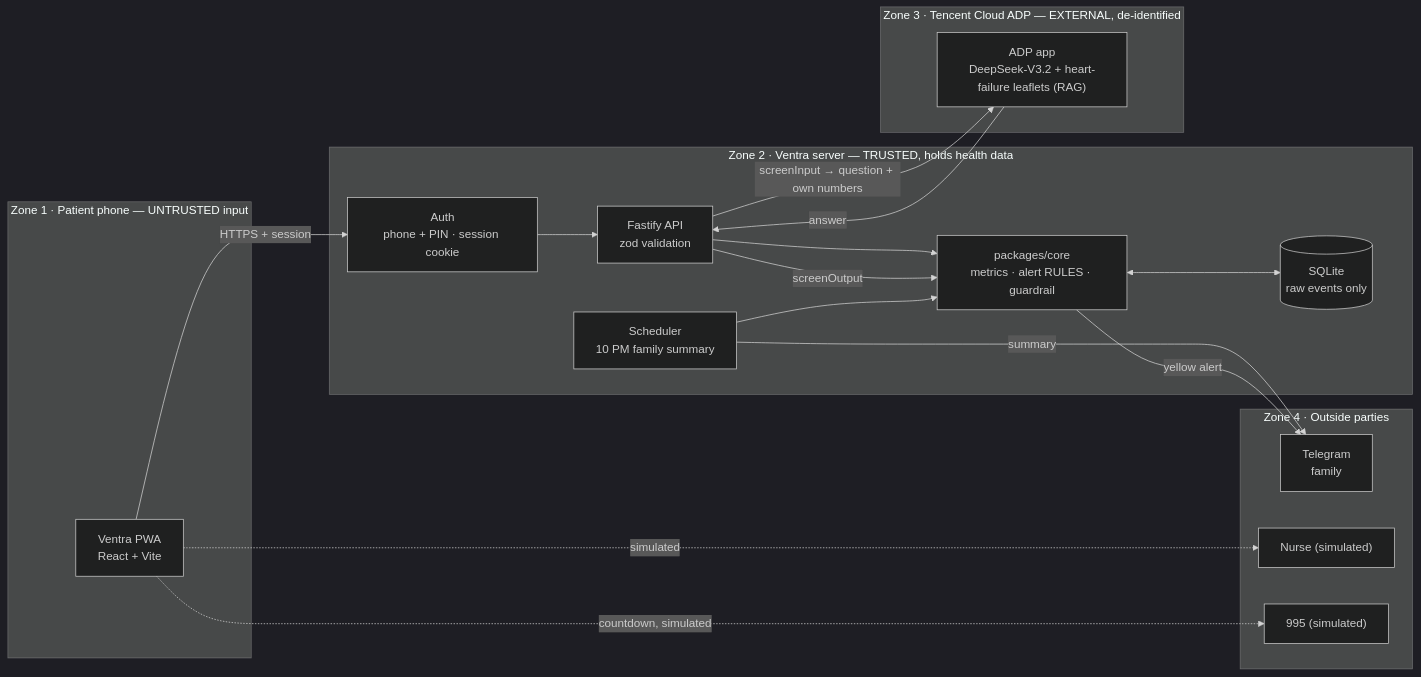
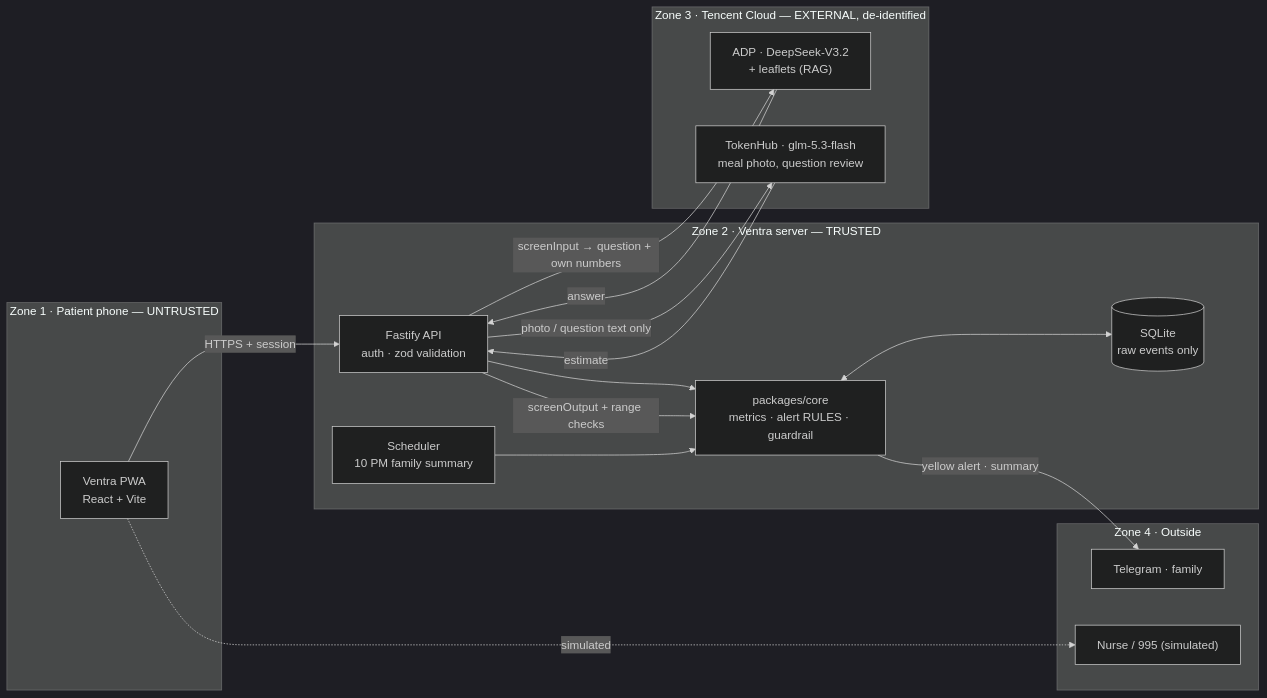
One commit to TeyYongZhun/ventra-hackathon changed the diagram in README.md. Above: the diagram before and after it, drawn with Mermaid (dark theme). The commit also changed other lines of this file and 1 other file, not shown here.

````diff
--- a/README.md
+++ b/README.md
@@ -42,32 +102,31 @@
 ```mermaid
 flowchart LR
-  subgraph Z1["Zone 1 · Patient phone — UNTRUSTED input"]
+  subgraph Z1["Zone 1 · Patient phone — UNTRUSTED"]
     PWA["Ventra PWA<br/>React + Vite"]
   end
-  subgraph Z2["Zone 2 · Ventra server — TRUSTED, holds health data"]
-    AUTH["Auth<br/>phone + PIN · session cookie"]
-    API["Fastify API<br/>zod validation"]
+  subgraph Z2["Zone 2 · Ventra server — TRUSTED"]
+    API["Fastify API<br/>auth · zod validation"]
     CORE["packages/core<br/>metrics · alert RULES · guardrail"]
     DB[("SQLite<br/>raw events only")]
     JOBS["Scheduler<br/>10 PM family summary"]
   end
-  subgraph Z3["Zone 3 · Tencent Cloud ADP — EXTERNAL, de-identified"]
-    ADP["ADP app<br/>DeepSeek-V3.2 + heart-failure leaflets (RAG)"]
+  subgraph Z3["Zone 3 · Tencent Cloud — EXTERNAL, de-identified"]
+    ADP["ADP · DeepSeek-V3.2<br/>+ leaflets (RAG)"]
+    TH["TokenHub · glm-5.3-flash<br/>meal photo, question review"]
   end
-  subgraph Z4["Zone 4 · Outside parties"]
-    TG["Telegram<br/>family"]
-    NURSE["Nurse (simulated)"]
-    E995["995 (simulated)"]
+  subgraph Z4["Zone 4 · Outside"]
+    TG["Telegram · family"]
+    SIM["Nurse / 995 (simulated)"]
   end
-  PWA -->|HTTPS + session| AUTH --> API
+  PWA -->|HTTPS + session| API
   API --> CORE
   CORE <--> DB
   API -->|"screenInput → question + own numbers"| ADP
-  ADP -->|"answer"| API
-  API -->|"screenOutput"| CORE
+  API -->|"photo / question text only"| TH
+  ADP -->|answer| API
+  TH -->|estimate| API
+  API -->|"screenOutput + range checks"| CORE
   JOBS --> CORE
-  JOBS -->|summary| TG
-  CORE -->|yellow alert| TG
-  PWA -.->|simulated| NURSE
-  PWA -.->|countdown, simulated| E995
+  CORE -->|"yellow alert · summary"| TG
+  PWA -.->|simulated| SIM
 ```
````
